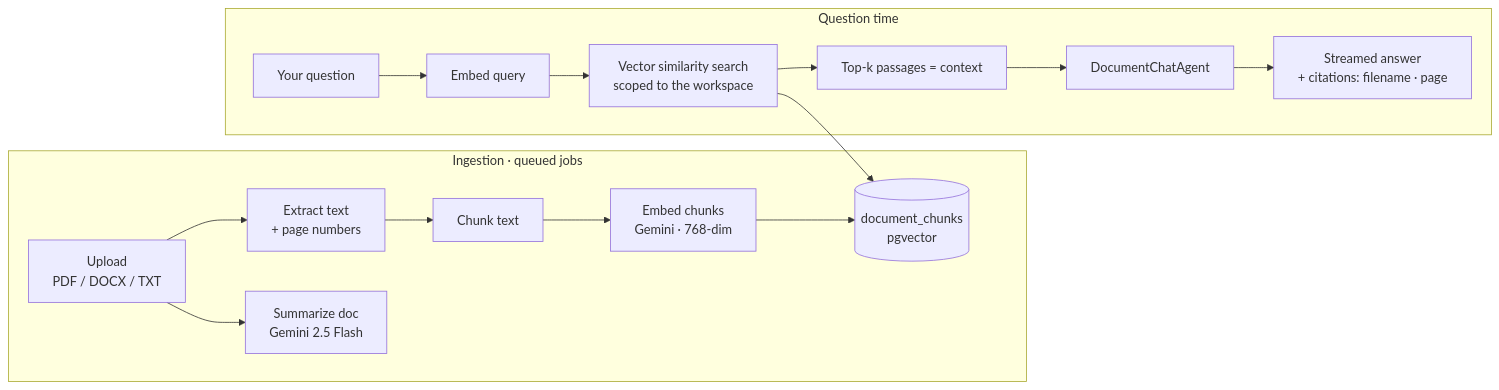
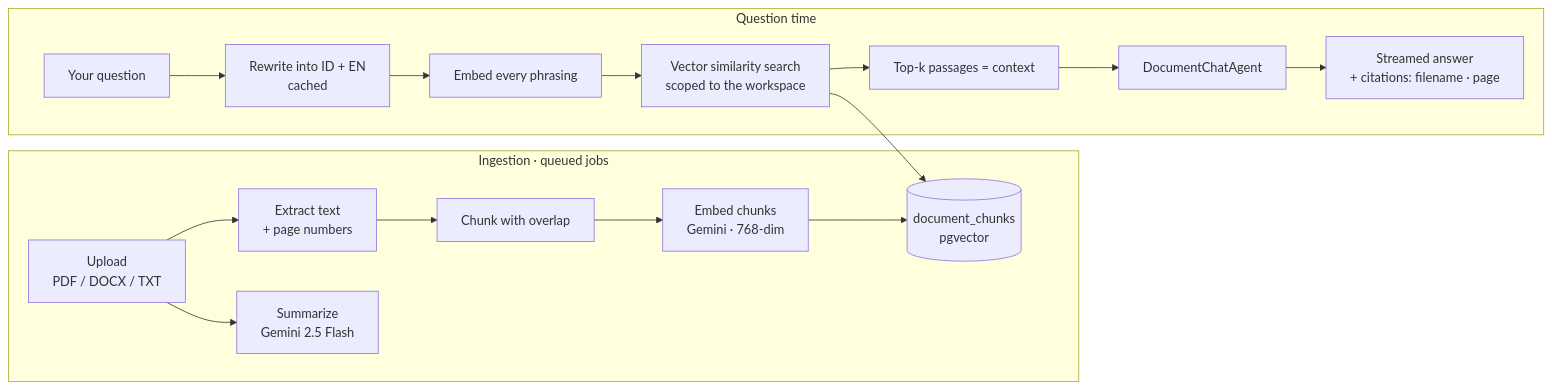
Before and after one commit to FabianOkky/multi-doc-rag: the diagram in README.md, drawn with Mermaid. The commit also changed other lines of this file and 11 other files, not shown here.

````diff
--- a/README.md
+++ b/README.md
@@ -41,19 +46,20 @@
 ```mermaid
 flowchart LR
     subgraph Ingest [Ingestion · queued jobs]
         A[Upload<br/>PDF / DOCX / TXT] --> B[Extract text<br/>+ page numbers]
-        B --> C[Chunk text]
+        B --> C[Chunk with overlap]
         C --> D[Embed chunks<br/>Gemini · 768-dim]
         D --> E[(document_chunks<br/>pgvector)]
-        A --> S[Summarize doc<br/>Gemini 2.5 Flash]
+        A --> S[Summarize<br/>Gemini 2.5 Flash]
     end
 
     subgraph Ask [Question time]
-        Q[Your question] --> R[Embed query]
+        Q[Your question] --> T[Rewrite into ID + EN<br/>cached]
+        T --> R[Embed every phrasing]
         R --> V[Vector similarity search<br/>scoped to the workspace]
         V --> E
         V --> CTX[Top-k passages = context]
         CTX --> AG[DocumentChatAgent]
         AG --> ANS[Streamed answer<br/>+ citations: filename · page]
     end
 ```
````
